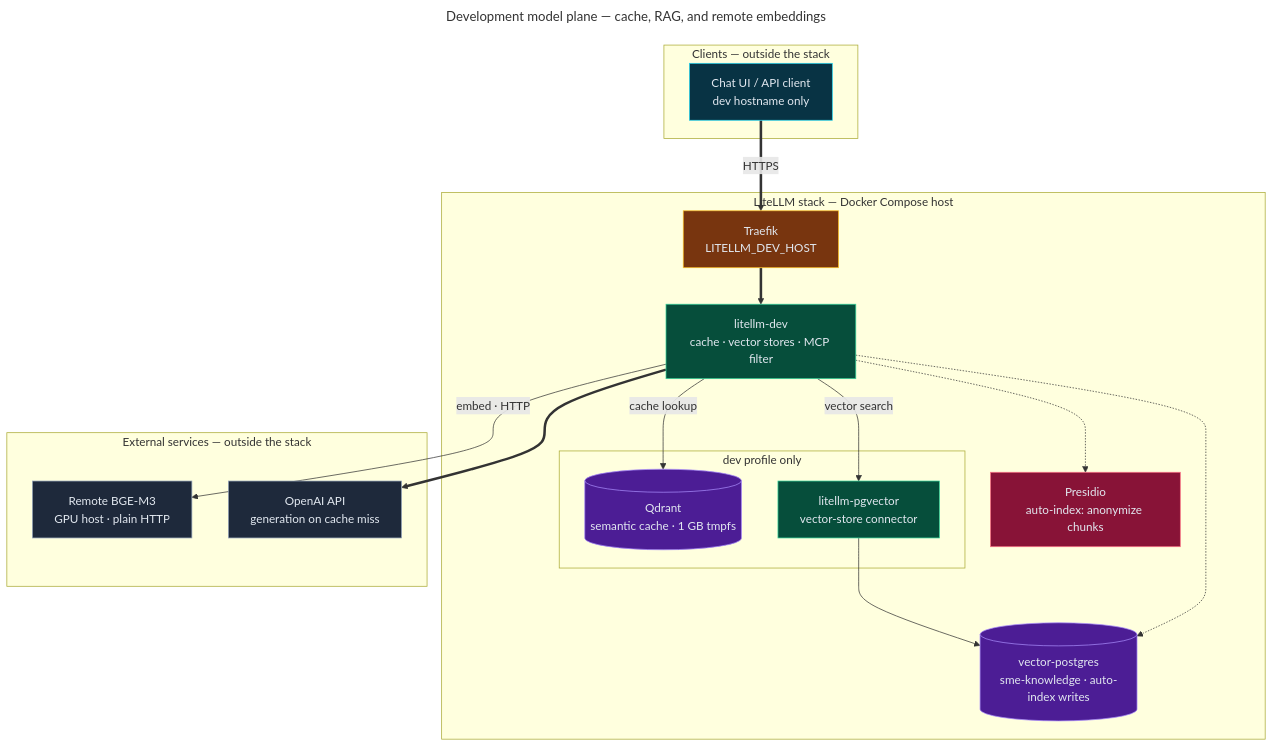
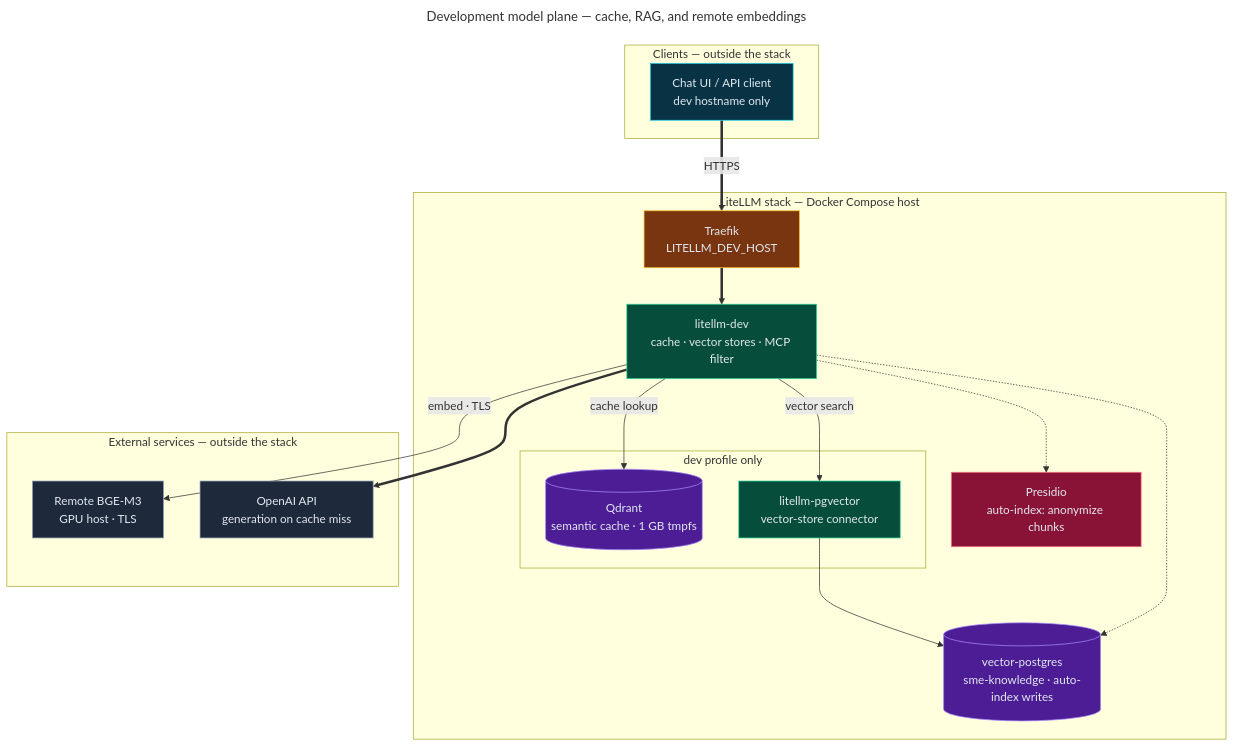
Before and after one commit to bella-1337/effective-spoon: the diagram in diagrams/07-dev-model-plane.mmd, drawn with Mermaid. The commit also changed 25 other files, not shown here.

First line of the commit message:
Put both GPU host models behind mkcert TLS and trust it from LiteLLM

```diff
--- a/diagrams/07-dev-model-plane.mmd
+++ b/diagrams/07-dev-model-plane.mmd
@@ -1,55 +1,55 @@
 ---
 title: Development model plane — cache, RAG, and remote embeddings
 ---
 flowchart TD
   %% Source for 07-dev-model-plane.html. Edit this file, then run ./scripts/render-diagrams.py.
   %% Directives: docs in diagrams/README.md (Updating diagrams).
   %% @mode architecture
   %% @subtitle Dev-only services that give LiteLLM a semantic cache and a pgvector knowledge store, with BGE-M3 embeddings from the remote GPU host
   %% @card cyan | Semantic cache | Opt-in per request with cache.use-cache | Hit when cosine similarity is at least 0.92, scoped per end user | Qdrant runs on tmpfs, so recreating it deletes every entry
   %% @card violet | Knowledge store | sme-knowledge lives in vector-postgres (1,024-dim HNSW) | Search goes through BerriAI's litellm-pgvector connector | Opt-in Xberg auto-indexing anonymizes chunks with Presidio first
-  %% @card rose | Scope | Qdrant and the connector run only in the dev profile; only litellm-dev calls BGE-M3, over plain HTTP | Production lists no vector store and no semantic cache | Promote capabilities through the dev-to-prod register
+  %% @card rose | Scope | Qdrant and the connector run only in the dev profile; only litellm-dev calls BGE-M3, over TLS | Production lists no vector store and no semantic cache | Promote capabilities through the dev-to-prod register
   %% @tier 0: CU
   %% @tier 1: TR
   %% @tier 2: LD
   %% @tier 3: QD CON
   %% @tier 4: PR VP
   %% @tier 5: BGE OAI
   %% @journey #22d3ee: CU TR LD QD
   %% @journey #a78bfa: LD CON VP
   %% @journey #34d399: LD OAI
 
   subgraph CL["Clients — outside the stack"]
     CU["Chat UI / API client<br/>dev hostname only"]:::frontend
   end
   subgraph ST["LiteLLM stack — Docker Compose host"]
     TR["Traefik<br/>LITELLM_DEV_HOST"]:::cloud
     LD["litellm-dev<br/>cache · vector stores · MCP filter"]:::backend
     PR["Presidio<br/>auto-index: anonymize chunks"]:::security
     VP[("vector-postgres<br/>sme-knowledge · auto-index writes")]:::database
     subgraph DEV["dev profile only"]
       QD[("Qdrant<br/>semantic cache · 1 GB tmpfs")]:::database
       CON["litellm-pgvector<br/>vector-store connector"]:::backend
     end
   end
   subgraph EX["External services — outside the stack"]
-    BGE["Remote BGE-M3<br/>GPU host · plain HTTP"]:::external
+    BGE["Remote BGE-M3<br/>GPU host · TLS"]:::external
     OAI["OpenAI API<br/>generation on cache miss"]:::external
   end
 
   CU ==>|"HTTPS"| TR
   TR ==> LD
   LD -->|"cache lookup"| QD
-  LD -->|"embed · HTTP"| BGE
+  LD -->|"embed · TLS"| BGE
   LD -->|"vector search"| CON
   CON --> VP
   LD -.-> PR
   LD -.-> VP
   LD ==> OAI
 
   classDef backend fill:#064e3b,stroke:#34d399,color:#e2e8f0
   classDef cloud fill:#78350f,stroke:#fbbf24,color:#e2e8f0
   classDef database fill:#4c1d95,stroke:#a78bfa,color:#e2e8f0
   classDef external fill:#1e293b,stroke:#94a3b8,color:#e2e8f0
   classDef frontend fill:#083344,stroke:#22d3ee,color:#e2e8f0
   classDef security fill:#881337,stroke:#fb7185,color:#e2e8f0
```
